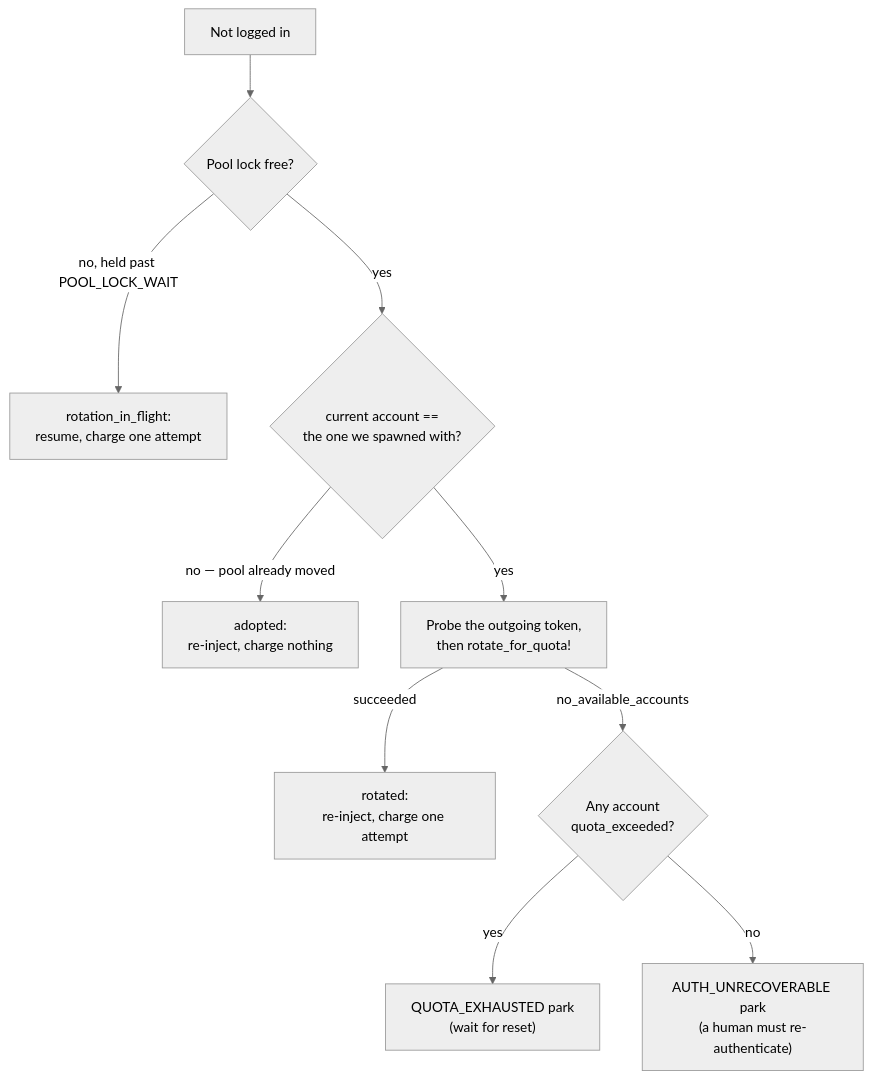
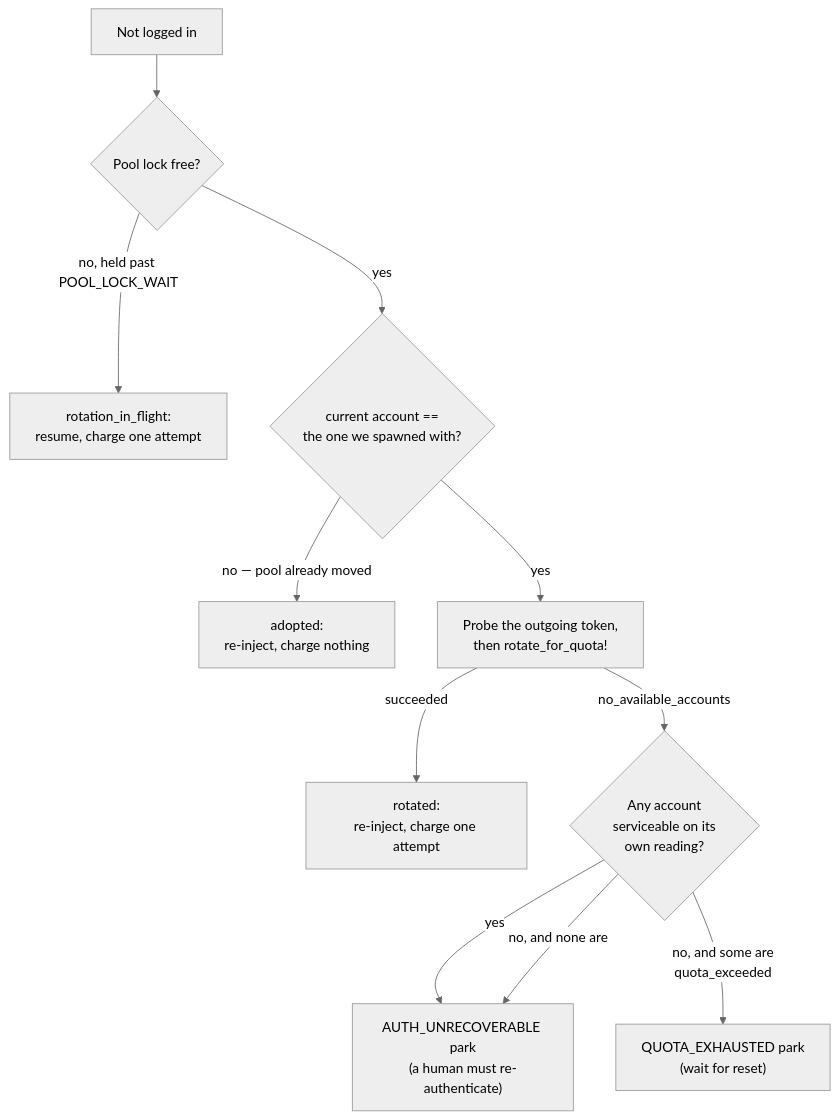
One commit to tadasant/zimmer changed the fourth of 5 diagrams in docs/src/content/docs/auth/harness.md. Above: the diagram before and after it, drawn with Mermaid (neutral theme). The commit also changed other lines of this file and 13 other files, not shown here.

````diff
--- a/docs/src/content/docs/auth/harness.md
+++ b/docs/src/content/docs/auth/harness.md
@@ -892,12 +932,13 @@
 ```mermaid
 flowchart TD
     A["Not logged in"] --> L{"Pool lock free?"}
     L -- "no, held past POOL_LOCK_WAIT" --> F["rotation_in_flight:<br/>resume, charge one attempt"]
     L -- yes --> B{"current account ==<br/>the one we spawned with?"}
     B -- "no — pool already moved" --> C["adopted:<br/>re-inject, charge nothing"]
     B -- yes --> D["Probe the outgoing token,<br/>then rotate_for_quota!"]
     D -- succeeded --> E["rotated:<br/>re-inject, charge one attempt"]
-    D -- "no_available_accounts" --> G{"Any account<br/>quota_exceeded?"}
-    G -- yes --> H["QUOTA_EXHAUSTED park<br/>(wait for reset)"]
-    G -- no --> I["AUTH_UNRECOVERABLE park<br/>(a human must re-authenticate)"]
+    D -- "no_available_accounts" --> G{"Any account<br/>serviceable on its<br/>own reading?"}
+    G -- yes --> I["AUTH_UNRECOVERABLE park<br/>(a human must re-authenticate)"]
+    G -- "no, and some are<br/>quota_exceeded" --> H["QUOTA_EXHAUSTED park<br/>(wait for reset)"]
+    G -- "no, and none are" --> I
 ```
````
